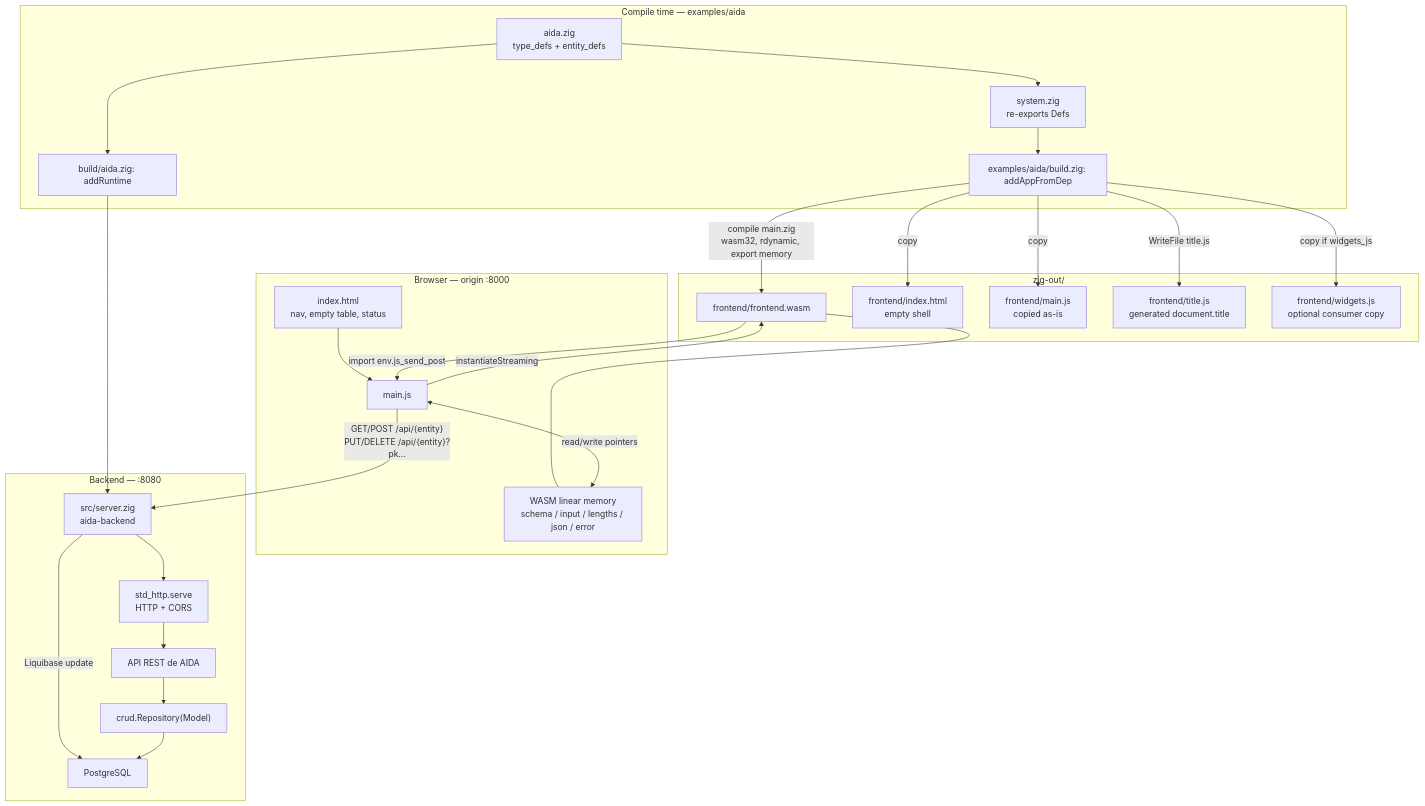
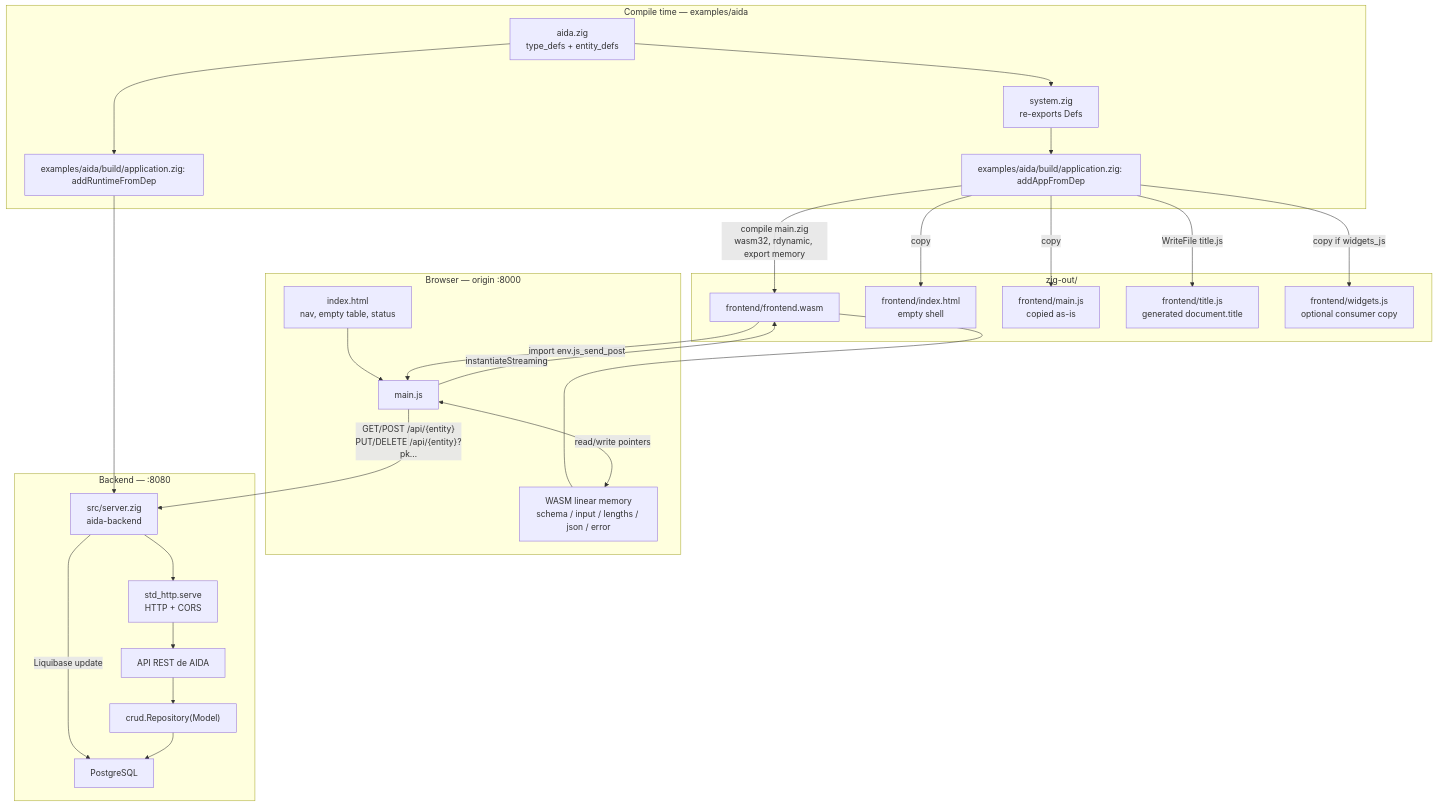
The diagram in docs/frontend.md (hggomez/zigma-definition), drawn with Mermaid before and after one commit. The commit also changed other lines of this file and 29 other files, not shown here.

````diff
--- a/docs/frontend.md
+++ b/docs/frontend.md
@@ -15,49 +15,49 @@
 ```mermaid
 flowchart TB
   subgraph compile["Compile time — examples/aida"]
     aida["aida.zig<br/>type_defs + entity_defs"]
     sys["system.zig<br/>re-exports Defs"]
-    addApp["examples/aida/build.zig: addAppFromDep"]
-    runtime["build/aida.zig: addRuntime"]
+    addApp["examples/aida/build/application.zig: addAppFromDep"]
+    runtime["examples/aida/build/application.zig: addRuntimeFromDep"]
     aida --> runtime
     aida --> sys
     sys --> addApp
   end
 
   subgraph artifacts["zig-out/"]
     wasm["frontend/frontend.wasm"]
     html["frontend/index.html<br/>empty shell"]
     js["frontend/main.js<br/>copied as-is"]
     titlejs["frontend/title.js<br/>generated document.title"]
     wjs["frontend/widgets.js<br/>optional consumer copy"]
     addApp -->|"compile main.zig<br/>wasm32, rdynamic, export memory"| wasm
     addApp -->|"copy"| html
     addApp -->|"copy"| js
     addApp -->|"WriteFile title.js"| titlejs
     addApp -->|"copy if widgets_js"| wjs
   end
 
   subgraph browser["Browser — origin :8000"]
     page["index.html<br/>nav, empty table, status"]
     mainjs["main.js"]
     mem["WASM linear memory<br/>schema / input / lengths / json / error"]
     page --> mainjs
     mainjs -->|"instantiateStreaming"| wasm
     wasm --- mem
     mainjs <-->|"read/write pointers"| mem
     wasm -->|"import env.js_send_post"| mainjs
   end
 
   subgraph server["Backend — :8080"]
     transport["std_http.serve<br/>HTTP + CORS"]
     api["API REST de AIDA"]
     bin["src/server.zig<br/>aida-backend"]
     repository["crud.Repository(Model)"]
     db["PostgreSQL"]
     runtime --> bin
     bin -->|"Liquibase update"| db
     bin --> transport --> api --> repository --> db
   end
 
   mainjs -->|"GET/POST /api/{entity}<br/>PUT/DELETE /api/{entity}?pk…"| bin
 ```
````
